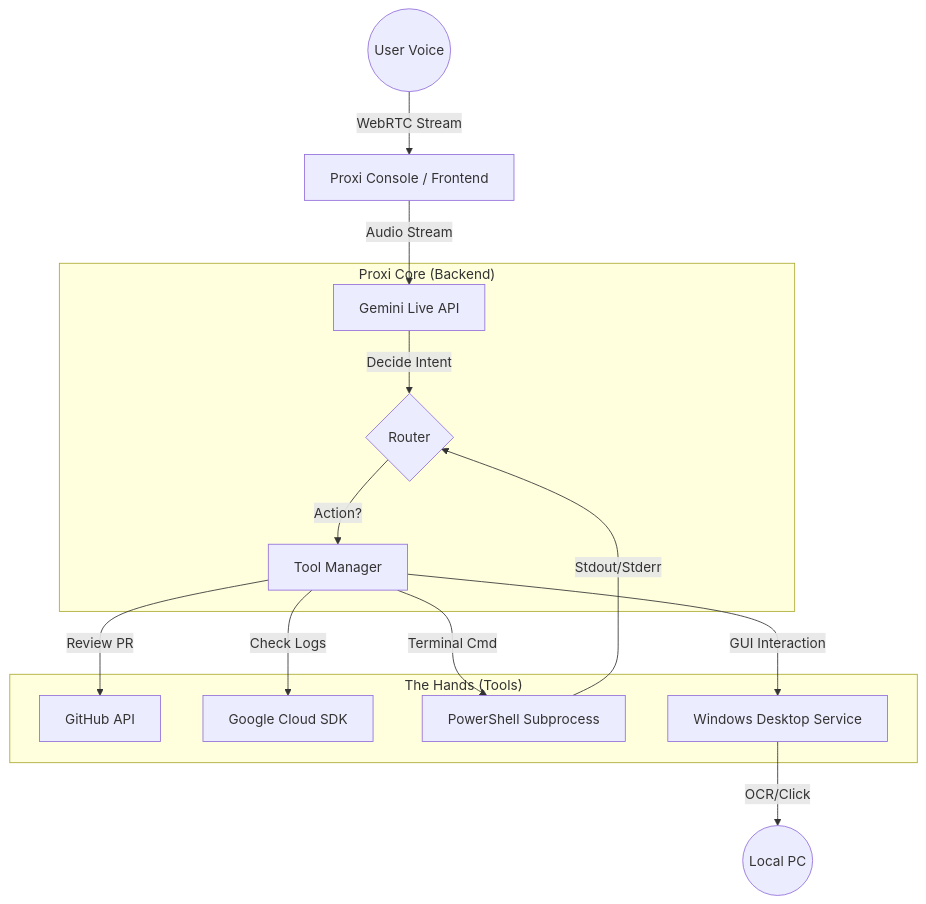
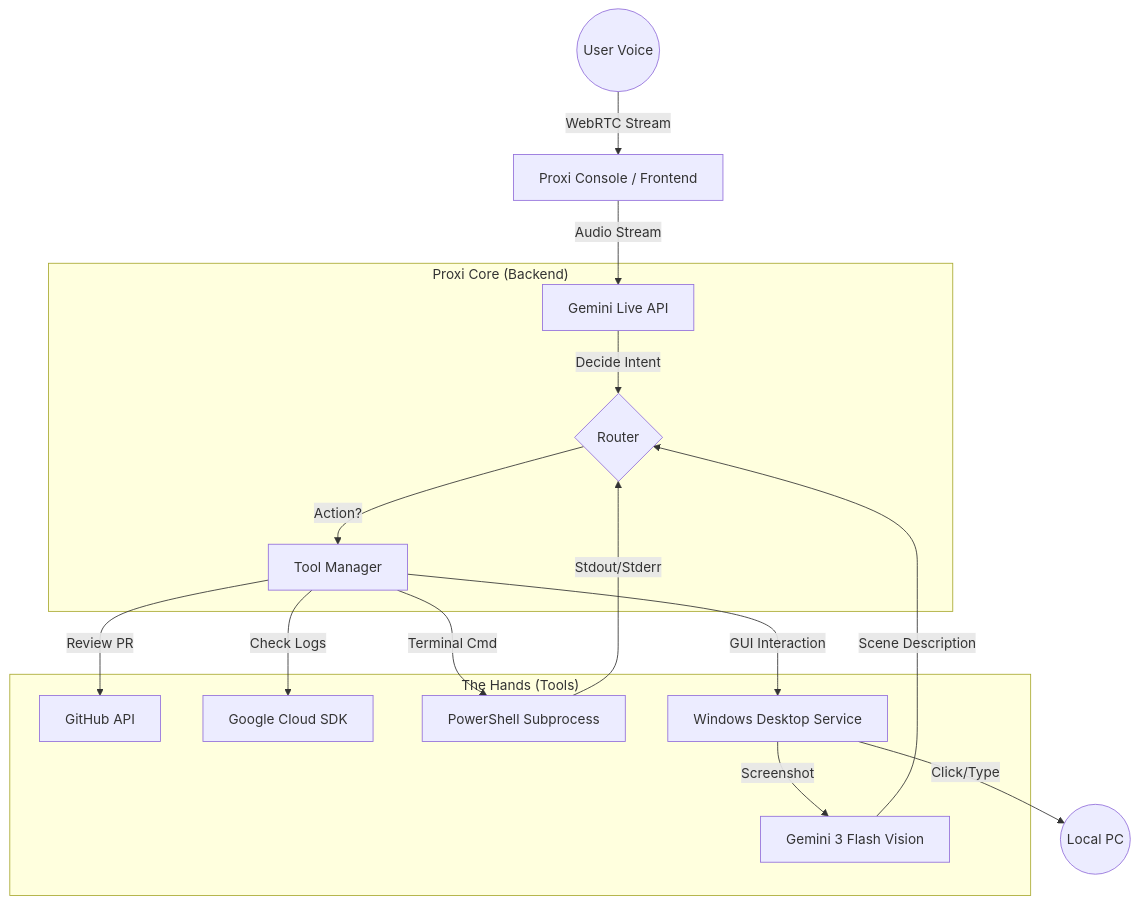
One commit to vermamanoj/proxi-ai changed the diagram in README.md. Above: the diagram before and after it, drawn with Mermaid. The commit also changed other lines of this file and 3 other files, not shown here.

First line of the commit message:
feat: Integrate Gemini Vision for screen analysis

````diff
--- a/README.md
+++ b/README.md
@@ -119,20 +120,22 @@
 ```mermaid
 graph TD
     User((User Voice)) -->|WebRTC Stream| Bridge[Proxi Console / Frontend]
     Bridge -->|Audio Stream| Gemini[Gemini Live API]
     
     subgraph "Proxi Core (Backend)"
         Gemini -->|Decide Intent| Router{Router}
         Router -->|Action?| Tools[Tool Manager]
     end
     
     subgraph "The Hands (Tools)"
         Tools -->|Review PR| GitHub[GitHub API]
         Tools -->|Check Logs| GCP[Google Cloud SDK]
         Tools -->|Terminal Cmd| Shell[PowerShell Subprocess]
         Tools -->|GUI Interaction| Ghost[Windows Desktop Service]
+        Ghost -->|Screenshot| Vision[Gemini 3 Flash Vision]
     end
     
     Shell -->|Stdout/Stderr| Router
-    Ghost -->|OCR/Click| Desktop((Local PC))
+    Vision -->|Scene Description| Router
+    Ghost -->|Click/Type| Desktop((Local PC))
 ```
````
